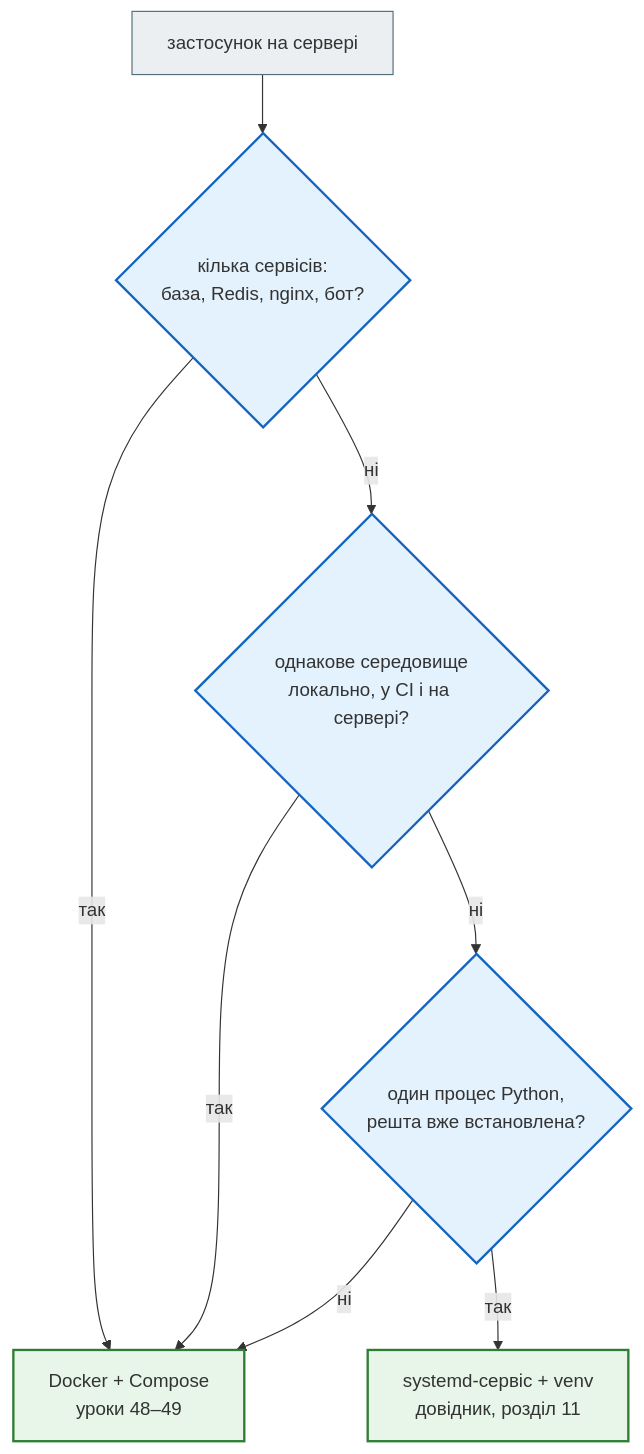
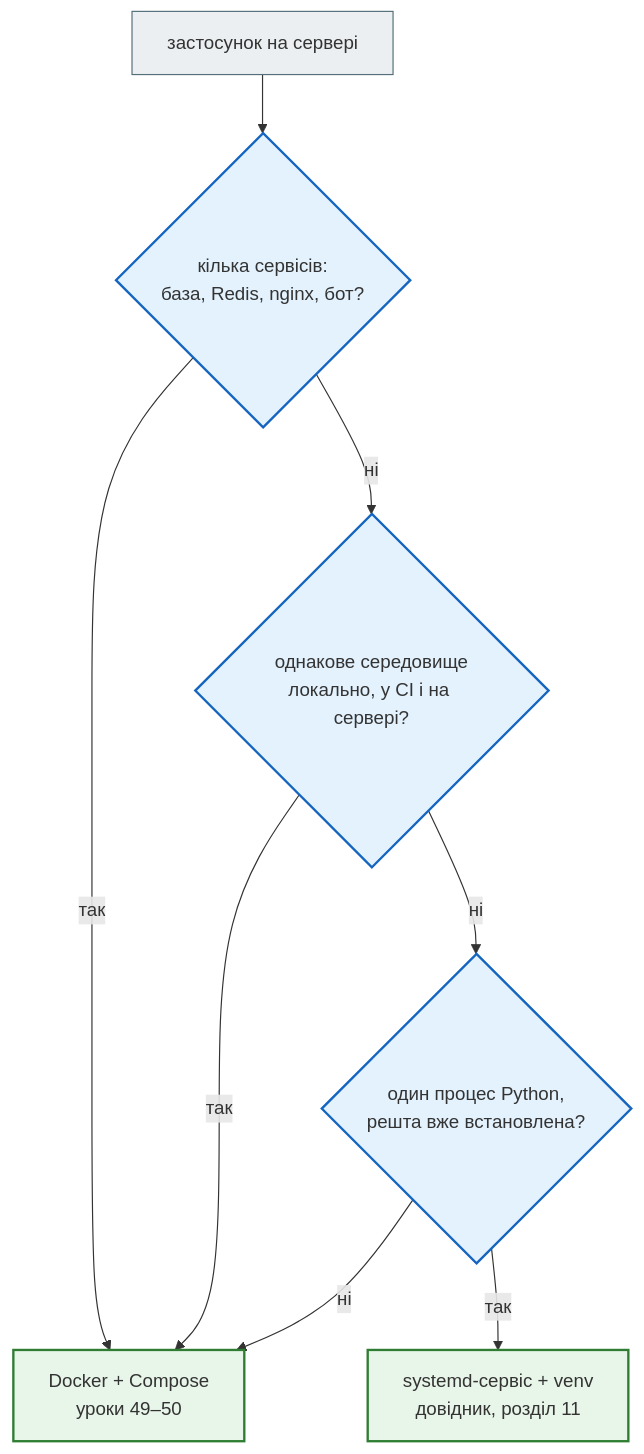
Before and after one commit to AlinaRadchenko/PY-Course-Victor-Nikoriak-22-09-2026: the third of 3 diagrams in docs/modules/m5/bonus_linux.md, drawn with Mermaid. The commit also changed other lines of this file and 1846 other files, not shown here.

````diff
--- a/docs/modules/m5/bonus_linux.md
+++ b/docs/modules/m5/bonus_linux.md
@@ -244,26 +244,26 @@
 ```mermaid
 flowchart TD
     classDef step     fill:#eceff1,stroke:#546e7a,stroke-width:1px;
     classDef decision fill:#e3f2fd,stroke:#1565c0,stroke-width:2px;
     classDef success  fill:#e8f5e9,stroke:#2e7d32,stroke-width:2px;
     classDef error    fill:#ffebee,stroke:#c62828,stroke-width:3px;
     classDef warning  fill:#fff8e1,stroke:#e65100,stroke-width:2px;
 
     Q0["застосунок на сервері"]
     Q1{"кілька сервісів:<br>база, Redis, nginx, бот?"}
     Q2{"однакове середовище<br>локально, у CI і на сервері?"}
     Q3{"один процес Python,<br>решта вже встановлена?"}
-    D["Docker + Compose<br>уроки 48–49"]
+    D["Docker + Compose<br>уроки 49–50"]
     S["systemd-сервіс + venv<br>довідник, розділ 11"]
     Q0 --> Q1
     Q1 -->|так| D
     Q1 -->|ні| Q2
     Q2 -->|так| D
     Q2 -->|ні| Q3
     Q3 -->|так| S
     Q3 -->|ні| D
 
     class Q0 step
     class Q1,Q2,Q3 decision
     class D,S success
 ```
````
